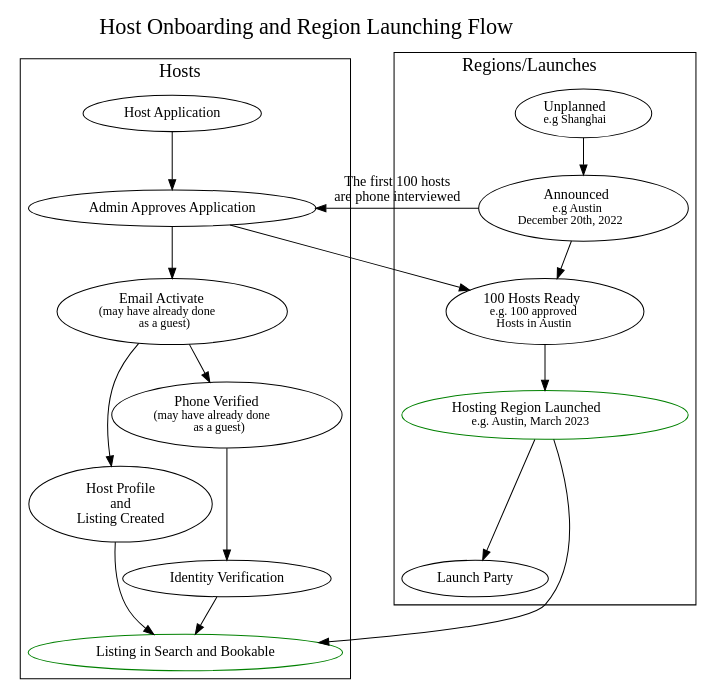
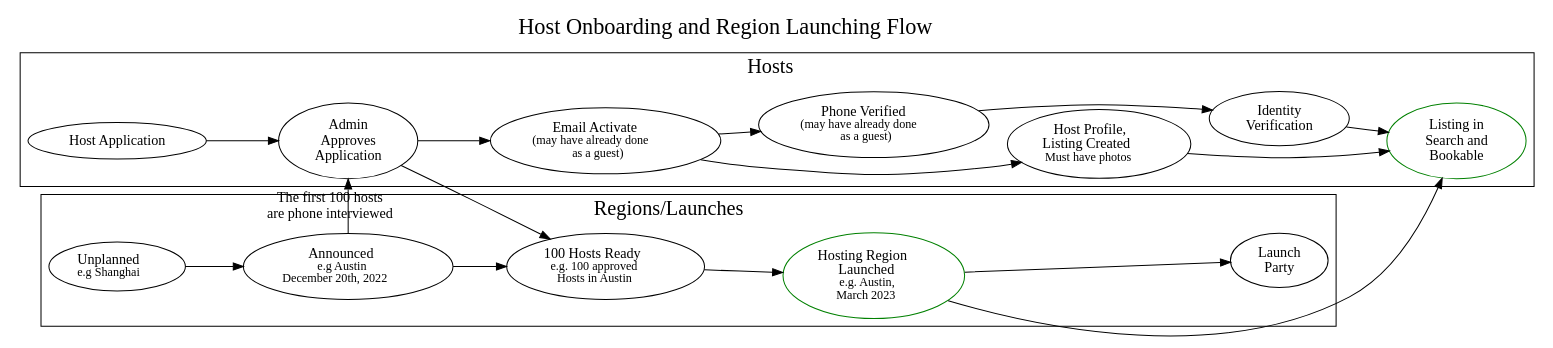
The diagram in _docs/flows/host_flow.dot (freecouches/freecouches), drawn with Graphviz before and after one commit. The commit also changed 7 other files, not shown here.

Commit message:
More flow updates.  Not sure if combining v2 impls or not

```diff
--- a/_docs/flows/host_flow.dot
+++ b/_docs/flows/host_flow.dot
@@ -1,114 +1,67 @@
-// Interesting NOTE: I beg to differ that talking to the first 100 Hosts and seeding the community with phone-called people isn't a scalable thing persay.. why not? it seems like you always want extra attention to these hosts
-    // the key difference here is that our website isn't launched yet.. people still gonna be waiting..
-
-    // "Region-enabled" is a bit of slight of hand.. 
-    // "Hosts-ready".. well if they can't signup yet are they really ready?  this is diff from when we already have a working app, and its janky until then.  
-
-    // let's explore the nature of the Jank tho.. Specifically, I think it's that they're applying in a different order now than they would through the app..  specifically there is no email verification and they cant edit their listing to see wassup.
-
-// QSTN: From announcement/launch perspective, how long can I really have these Hosts waiting post announcement..
-
-// NOTE that early host applications will be handled in non-scalable way.  We wanna get 100 awesome hosts for Austin that we've talked with on the phone.
-    // Hmm, I'm trying to think how the implementation will change as it gets more scaleable, since Streak doesn't seem ready for getting tons of hosting requests.  Hmmmm
-    // Let's preserve 100 as a magic number
-// Note: We are not asking for every field in the listing on the App.. that would imply we should tell them to edit it after we approve it and prefill it with data.
-
-// TODO: copy over label sizings and conventions from Guest Flow.
-   
-// TODO: Hosts must have Photos of themselves and home.
-    // QSTN: how it fits into the onboarding flow?
-// TODO: Let's go through and make sure we got all the Guest stuff here.
-
-// Note: "Hosts cannot update listings when they are pending approval." . 
-    // QSTN: emm, where does listing entry fit into their application flow, medium and long term?
-
-//QSTN: how does invite code work wrt hosts?  well like guests they wil need an admin invite pre-launch.. but later they'll receive an invite code.
-    // Make sure to note how Regions still matter after a valid Invite code registration
-
-// TODO: age verification has to fit in here somehow
-
-
-
-// QSTN: Ok so compared to Airbnb we just have onne listing.. would it make sense for us to combine host and listing app compared to them then?
 // QSTN: should guest and host profiles be different?  note that this relates to UX of above question.  well, i'm seeing a lot of the questions are the same.
 // QSTN: should host application be its own form separate from that early one to grab their email?
 
 //TODO: indicate how long they can expect to wait between stages.
 // TODO: all the guests step pretty much apply to hosts.  consider that in these flows
 
  // TODO: Failure states too
 
 // QSTN: we might reject someone as a host but accept them as a guest?  i suppose there are levels to host rejection.
 
 // TODO: Handle the different region cases, thinking long term and then mapping back to what we have now (Austin region or not Austin).
 
 // TODO: determine what edits or cancelations the host can do.  Consider that they could email us also.
-
-// FUTURE: Address verificaton?
-
-// waitlist
-// phone_verified
-// email_activated
-// applied
-// rejected
-// phone_interviewed
-// completed_profile_guest
-// guest_2_host_flow
-// completed_profile_host
-// completed_listing
-// dropped_off
-
 // Note: There is an analogy between throwing an invite-only party and Launching a city.
 // Note: Regions are [circles or polygons?] geofences where hosting is allowed. Part of idea is to build real community and buzz, launching cities one by one as a kind of exclusive thing.
 
 digraph unix {
     //overall graph
-    rankdir="TB";
+    rankdir="LR";
     labelloc="t";
-    nodesep=0;
 
     label=<<FONT POINT-SIZE="22">Host Onboarding and Region Launching Flow</FONT>>
 
     subgraph cluster_hosts {
-        label=<<FONT POINT-SIZE="18">Hosts</FONT>>
+        label=<<FONT POINT-SIZE="20">Hosts</FONT>>
         host_application [label="Host Application"]
-        admin_approve [label="Admin Approves Application"]
+        admin_approve [label="Admin\nApproves\nApplication"]
         email_activate [label=<Email Activate<br/><FONT POINT-SIZE="12">(may have already done<br />as a guest)</FONT>>]
-        complete_profile [label="Host Profile\nand\nListing Created"]
+        complete_profile [label=<Host Profile,<br />Listing Created<br/><FONT POINT-SIZE="12">Must have photos</FONT>>]
         phone_verify [label=<Phone Verified<br/><FONT POINT-SIZE="12">(may have already done<br />as a guest)</FONT>>]
-        id_verify [label="Identity Verification"]
-        bookable [label="Listing in Search and Bookable"; color=green]
+        id_verify [label="Identity\nVerification"]
+        bookable [label="Listing in\nSearch and\n Bookable"; color=green]
 
         host_application -> admin_approve -> email_activate -> complete_profile
         email_activate -> phone_verify
         phone_verify -> id_verify
 
     }
     id_verify -> bookable
     complete_profile -> bookable
 
     admin_approve -> hosts_ready
 
     announced -> admin_approve [label="The first 100 hosts\nare phone interviewed";labelloc="b"]
 
     subgraph cluster_region {
-        label=<<FONT POINT-SIZE="18">Regions/Launches</FONT>>
+        label=<<FONT POINT-SIZE="20">Regions/Launches</FONT>>
     
         unplanned[label=<Unplanned<br/><FONT POINT-SIZE="12">e.g Shanghai</FONT>>]
         announced[label=<Announced<br/><FONT POINT-SIZE="12">e.g Austin<br />December 20th, 2022</FONT>>]
         hosts_ready[label=<100 Hosts Ready<br/><FONT POINT-SIZE="12">e.g. 100 approved<br/> Hosts in Austin</FONT>>]
-        launched[label=<Hosting Region Launched<br/><FONT POINT-SIZE="12">e.g. Austin, March 2023</FONT>>;color=green]
+        launched[label=<Hosting Region<br/>Launched<br/><FONT POINT-SIZE="12">e.g. Austin,<br />March 2023</FONT>>;color=green]
         
         unplanned -> announced -> hosts_ready -> launched
 
-        launch_party[label="Launch Party"]
+        launch_party[label="Launch\nParty"]
+
         
         launched -> launch_party
         
     }
 
 
     launched -> bookable
 
     
 }
```
